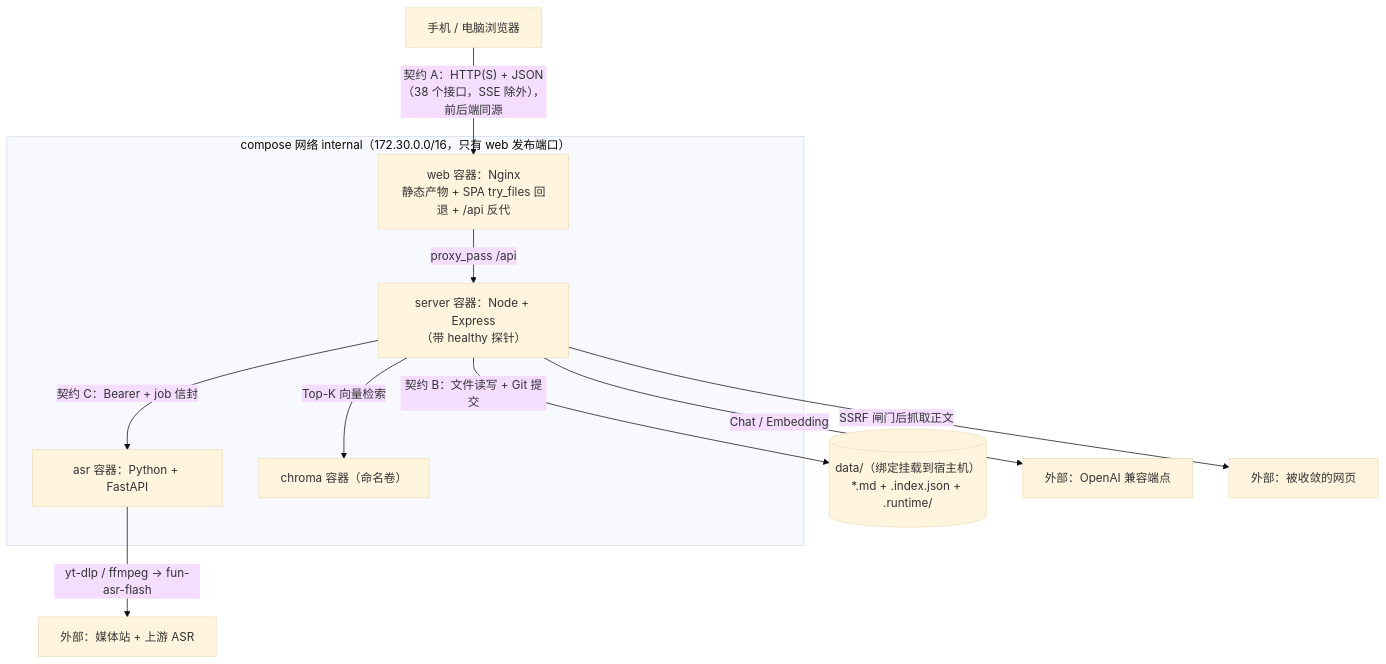
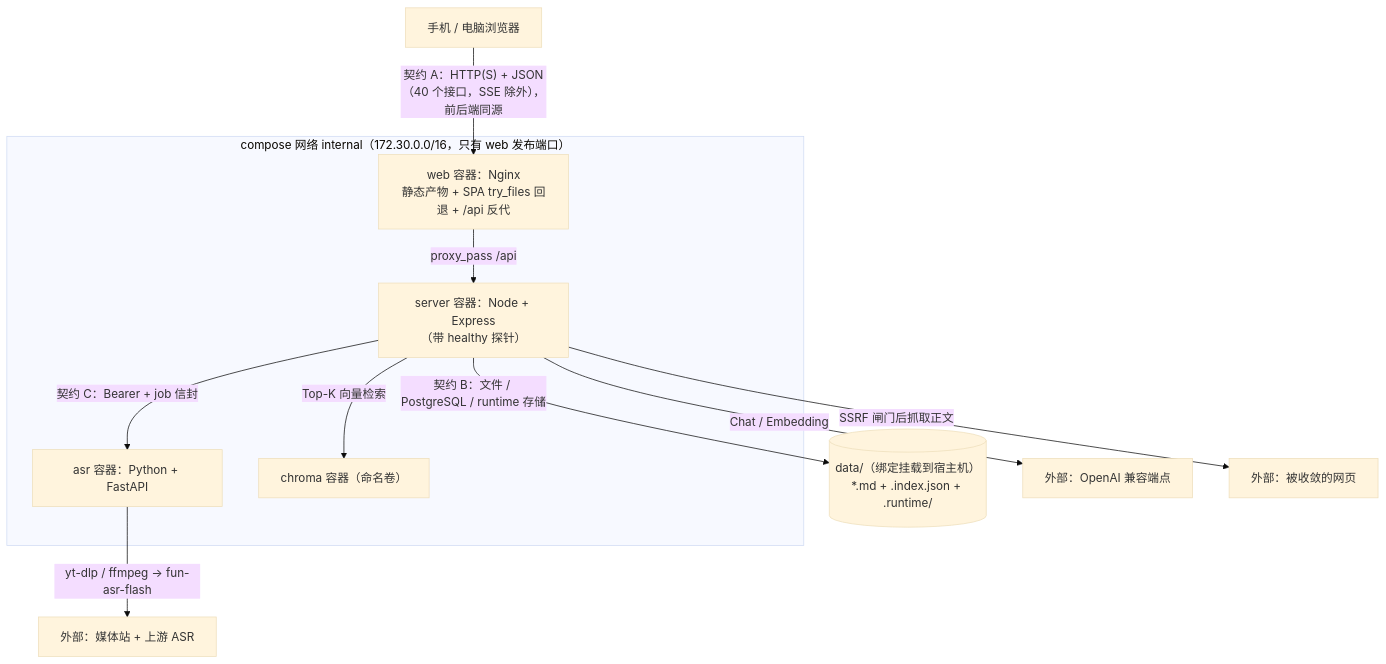
Before and after one commit to XingHo-VibeCoding/vbcd: the eighth of 9 diagrams in TECH_DESIGN.md, drawn with Mermaid (base theme). The commit also changed other lines of this file and 12 other files, not shown here.

First line of the commit message:
Day 25｜后台图片资产只读页 + 信息流规划文档对齐（接口计数 38→40）

````diff
--- a/TECH_DESIGN.md
+++ b/TECH_DESIGN.md
@@ -181,18 +213,18 @@
 ```mermaid
 flowchart TB
-    U["手机 / 电脑浏览器"] -->|"契约 A：HTTP(S) + JSON（38 个接口，SSE 除外），前后端同源"| W["web 容器：Nginx<br/>静态产物 + SPA try_files 回退 + /api 反代"]
+    U["手机 / 电脑浏览器"] -->|"契约 A：HTTP(S) + JSON（40 个接口，SSE 除外），前后端同源"| W["web 容器：Nginx<br/>静态产物 + SPA try_files 回退 + /api 反代"]
     W -->|"proxy_pass /api"| S["server 容器：Node + Express<br/>（带 healthy 探针）"]
-    S -->|"契约 B：文件读写 + Git 提交"| D[("data/（绑定挂载到宿主机）<br/>*.md + .index.json + .runtime/")]
+    S -->|"契约 B：文件 / PostgreSQL / runtime 存储"| D[("data/（绑定挂载到宿主机）<br/>*.md + .index.json + .runtime/")]
     S -->|"契约 C：Bearer + job 信封"| A["asr 容器：Python + FastAPI"]
     S -->|"Top-K 向量检索"| C["chroma 容器（命名卷）"]
     A -->|"yt-dlp / ffmpeg → fun-asr-flash"| X["外部：媒体站 + 上游 ASR"]
     S -->|"Chat / Embedding"| L["外部：OpenAI 兼容端点"]
     S -->|"SSRF 闸门后抓取正文"| N["外部：被收敛的网页"]
 
     subgraph NET["compose 网络 internal（172.30.0.0/16，只有 web 发布端口）"]
         W
         S
         A
         C
     end
 ```
````
